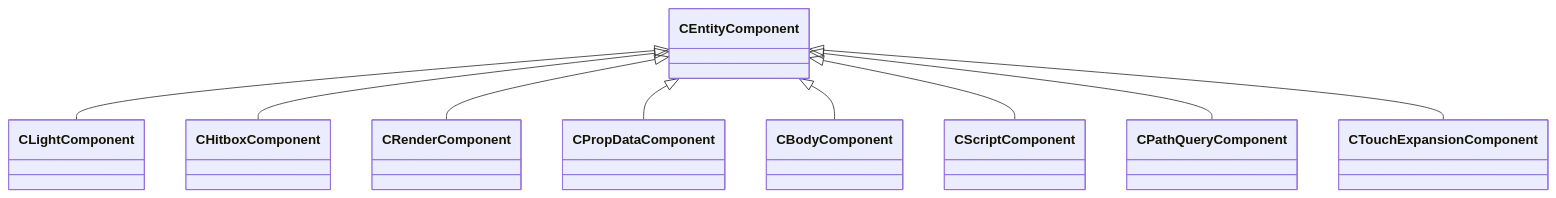
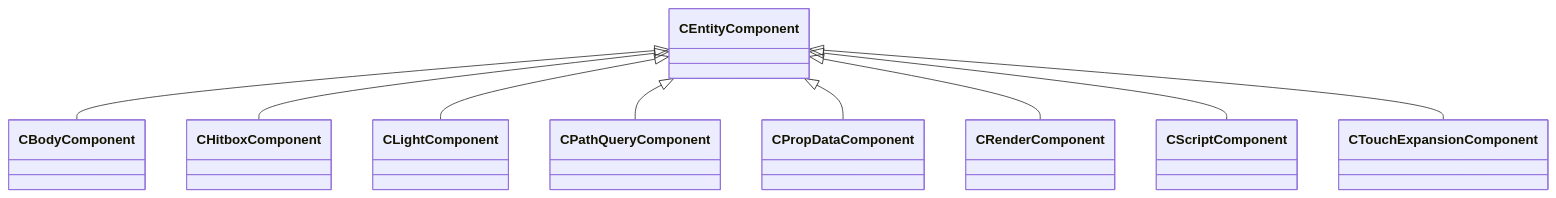
Before and after one commit to CS2OpenDev/CS2OpenDev-Docs: the first of 3 diagrams in docs/generated/schemas/entity2.md, drawn with Mermaid. The commit also changed other lines of this file and 140 other files, not shown here.

First line of the commit message:
wip: SchemaTracker migration, Schema Lens spec, and coverage-gap analysis

````diff
--- a/docs/generated/schemas/entity2.md
+++ b/docs/generated/schemas/entity2.md
@@ -52,11 +27,11 @@
 ```mermaid
 classDiagram
+    CEntityComponent <|-- CBodyComponent
+    CEntityComponent <|-- CHitboxComponent
     CEntityComponent <|-- CLightComponent
-    CEntityComponent <|-- CHitboxComponent
+    CEntityComponent <|-- CPathQueryComponent
+    CEntityComponent <|-- CPropDataComponent
     CEntityComponent <|-- CRenderComponent
-    CEntityComponent <|-- CPropDataComponent
-    CEntityComponent <|-- CBodyComponent
     CEntityComponent <|-- CScriptComponent
-    CEntityComponent <|-- CPathQueryComponent
     CEntityComponent <|-- CTouchExpansionComponent
 ```
````
